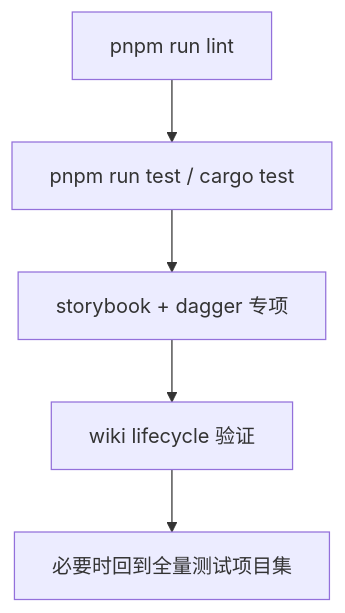
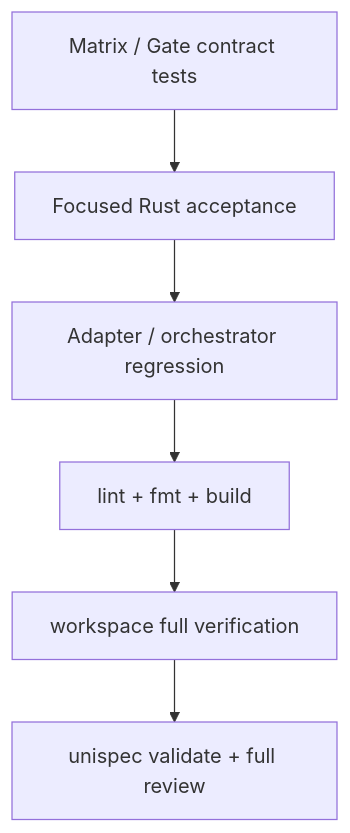
The diagram in .wiki/02-开发指南/01-测试与验收.md (baiyucraft/SpecWiki), drawn with Mermaid before and after one commit. The commit also changed other lines of this file and 33 other files, not shown here.

````diff
--- a/.wiki/02-开发指南/01-测试与验收.md
+++ b/.wiki/02-开发指南/01-测试与验收.md
@@ -23,7 +45,8 @@
 ```mermaid
 flowchart TD
-  Lint["pnpm run lint"] --> Unit["pnpm run test / cargo test"]
-  Unit --> Focus["storybook + dagger 专项"]
-  Focus --> Lifecycle["wiki lifecycle 验证"]
-  Lifecycle --> FullSet["必要时回到全量测试项目集"]
+  Contract["Matrix / Gate contract tests"] --> Rust["Focused Rust acceptance"]
+  Rust --> Scripts["Adapter / orchestrator regression"]
+  Scripts --> Quality["lint + fmt + build"]
+  Quality --> Full["workspace full verification"]
+  Full --> UniSpec["unispec validate + full review"]
 ```
````
